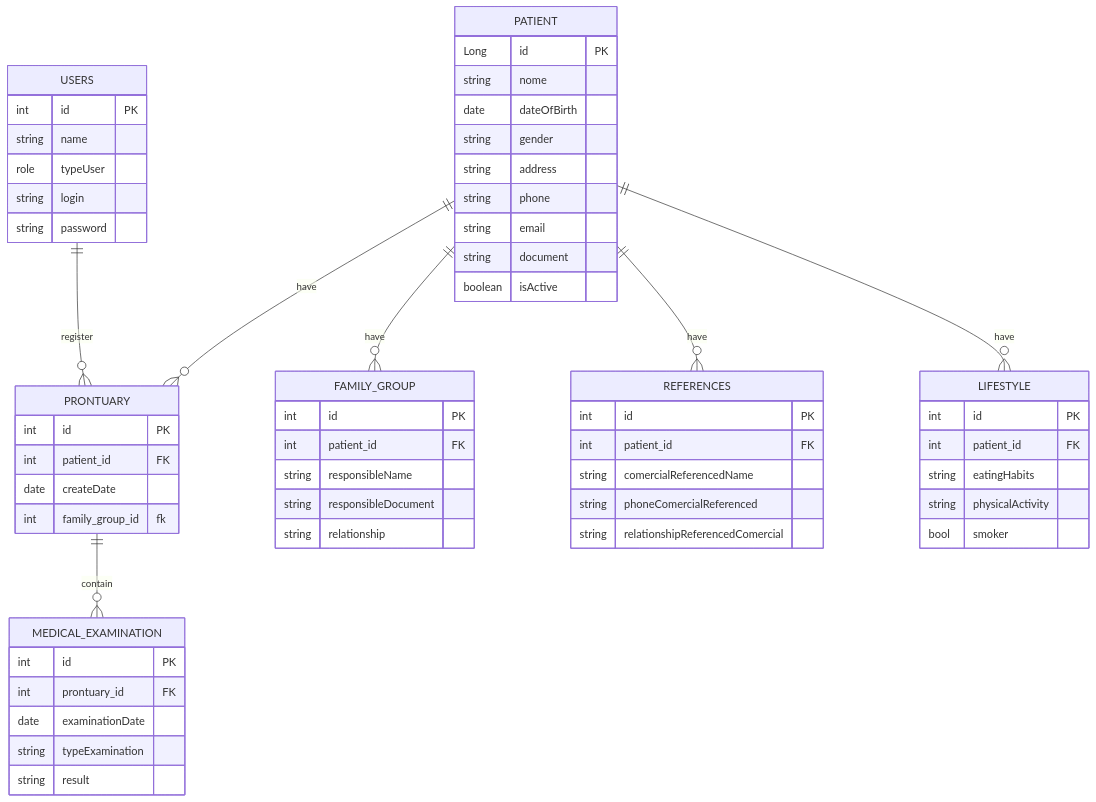
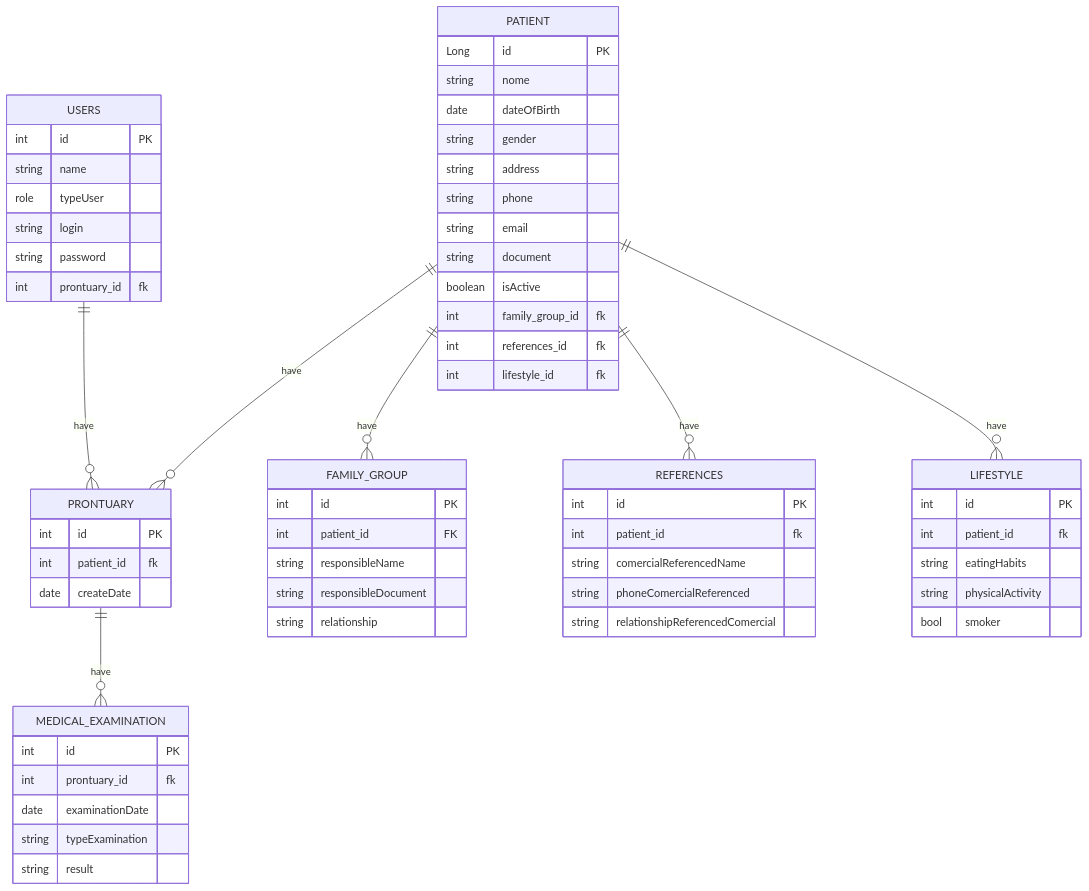
Before and after one commit to williansql/ProjetoPessoal-Curso-DIO-HealthStatus: the second of 2 diagrams in README.md, drawn with Mermaid.

````diff
--- a/README.md
+++ b/README.md
@@ -57,68 +57,72 @@
 ```mermaid
 erDiagram
      PATIENT {
         Long id PK
         string nome
         date dateOfBirth
         string gender
         string address
         string phone
         string email
         string document
         boolean isActive
+        int family_group_id fk
+        int references_id fk
+        int lifestyle_id fk
     }
 
     PRONTUARY {
         int id PK
-        int patient_id FK
+        int patient_id fk
         date createDate
-        int family_group_id fk
     }
 
      MEDICAL_EXAMINATION{
         int id PK
-        int prontuary_id FK
+        int prontuary_id fk
         date examinationDate
         string typeExamination
         string result
     }
 
     FAMILY_GROUP {
         int id PK
         int patient_id FK
         string responsibleName
         string responsibleDocument
         string relationship
     }
 
     REFERENCES {
         int id PK
-        int patient_id FK
+        int patient_id fk
         string comercialReferencedName
         string phoneComercialReferenced
         string relationshipReferencedComercial
     }
 
     LIFESTYLE {
         int id PK
-        int patient_id FK
+        int patient_id fk
         string eatingHabits
         string physicalActivity
         bool smoker
     }
 
     USERS {
         int id PK
         string name
         role typeUser
         string login
         string password
+        int prontuary_id fk
     }
 
+    USERS ||--o{ PRONTUARY : "have"
+    PRONTUARY ||--o{ MEDICAL_EXAMINATION : "have"
     PATIENT ||--o{ PRONTUARY : "have"
-    PRONTUARY ||--o{ MEDICAL_EXAMINATION : "contain"
     PATIENT ||--o{ FAMILY_GROUP : "have"
     PATIENT ||--o{ REFERENCES : "have"
     PATIENT ||--o{ LIFESTYLE : "have"
-    USERS ||--o{ PRONTUARY : "register"
+
 ```
````
